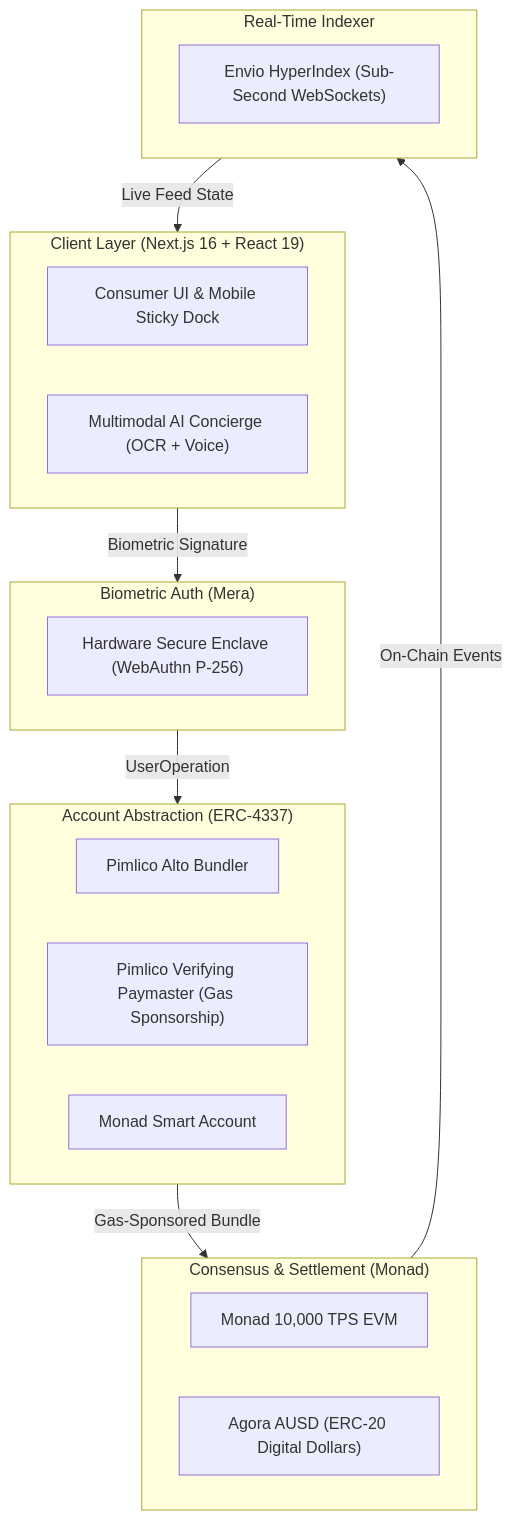
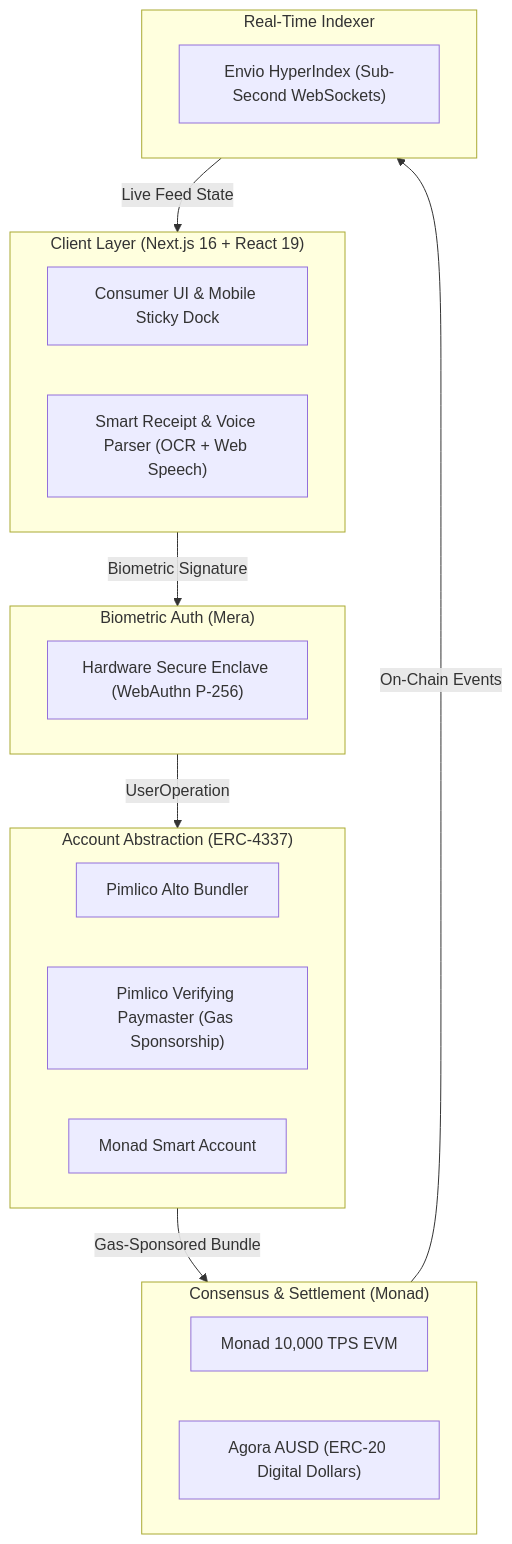
One commit to miracles2motion/Mesh-Tab changed the diagram in README.md. Above: the diagram before and after it, drawn with Mermaid. The commit also changed other lines of this file and 20 other files, not shown here.

Commit message:
added mesh buddy and greately improved ui, added libraries to ensure smooth flow of app and components. added other features

````diff
--- a/README.md
+++ b/README.md
@@ -42,32 +42,32 @@
 ```mermaid
 graph TD
     subgraph Client ["Client Layer (Next.js 16 + React 19)"]
         UI["Consumer UI & Mobile Sticky Dock"]
-        AI["Multimodal AI Concierge (OCR + Voice)"]
+        PARSER["Smart Receipt & Voice Parser (OCR + Web Speech)"]
     end
 
     subgraph Auth ["Biometric Auth (Mera)"]
         Passkey["Hardware Secure Enclave (WebAuthn P-256)"]
     end
 
     subgraph AA ["Account Abstraction (ERC-4337)"]
         Bundler["Pimlico Alto Bundler"]
         Paymaster["Pimlico Verifying Paymaster (Gas Sponsorship)"]
         SmartAccount["Monad Smart Account"]
     end
 
     subgraph Network ["Consensus & Settlement (Monad)"]
         MonadEVM["Monad 10,000 TPS EVM"]
         AUSD["Agora AUSD (ERC-20 Digital Dollars)"]
     end
 
     subgraph Sync ["Real-Time Indexer"]
         Envio["Envio HyperIndex (Sub-Second WebSockets)"]
     end
 
     Client -->|Biometric Signature| Auth
     Auth -->|UserOperation| AA
     AA -->|Gas-Sponsored Bundle| Network
     Network -->|On-Chain Events| Sync
     Sync -->|Live Feed State| Client
 ```
````
